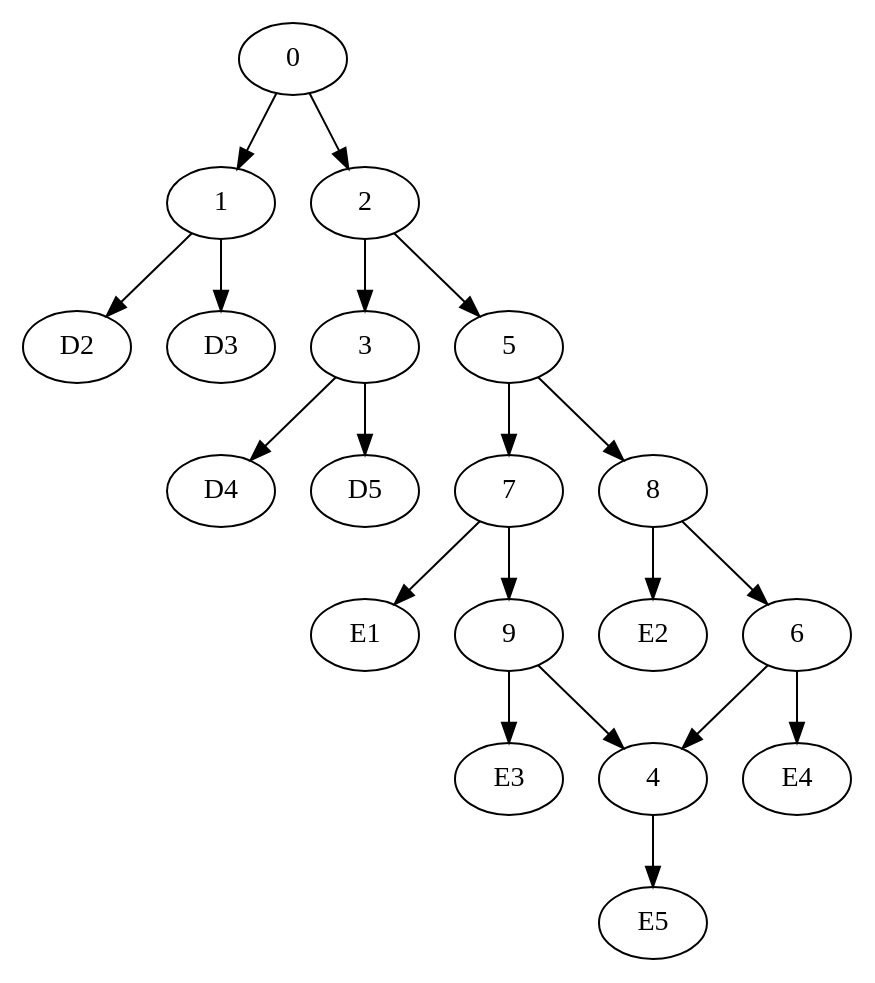
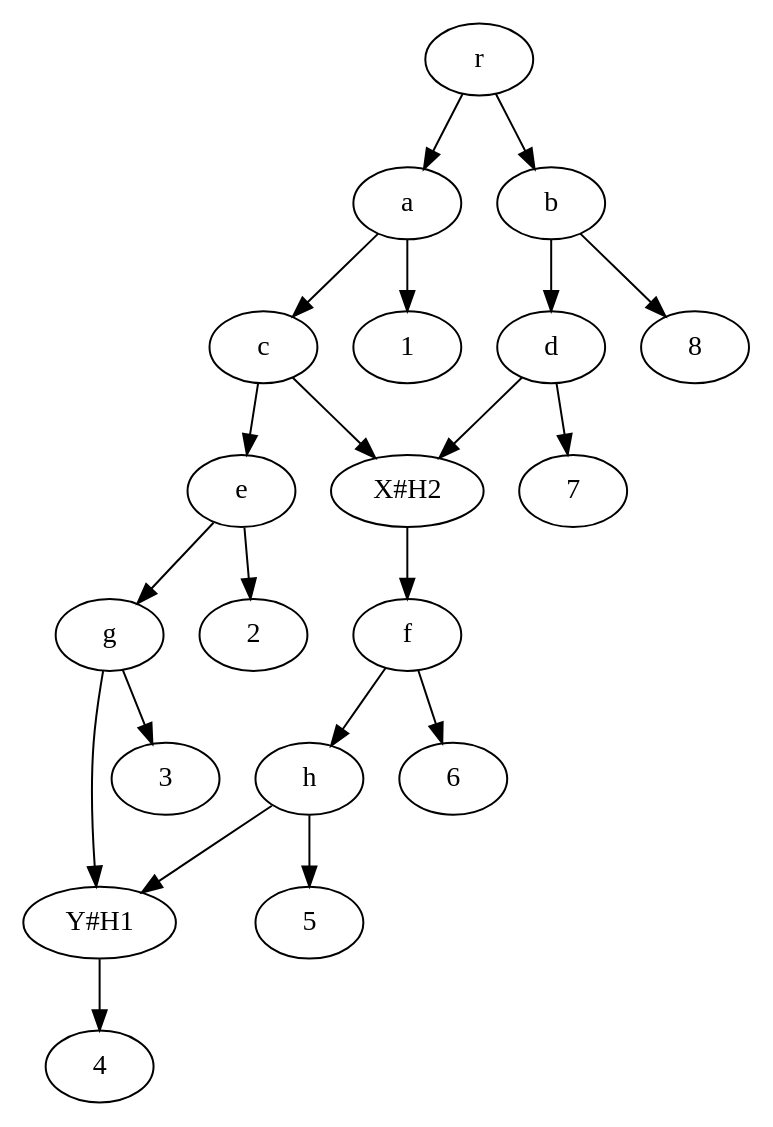
The diagram in Digraph.gv (KSjors/TriL2Net), drawn with Graphviz before and after one commit. The commit also changed 8 other files, not shown here.

```diff
--- a/Digraph.gv
+++ b/Digraph.gv
@@ -1,40 +1,41 @@
 digraph {
-	D2
-	D3
-	D4
-	D5
-	E5
-	E2
-	E4
-	E1
-	E3
-	0
+	r
+	a
+	c
+	e
+	g
+	"Y#H1"
+	"X#H2"
+	f
+	h
+	b
+	d
 	1
 	2
 	3
 	4
+	6
 	5
-	6
+	8
 	7
-	8
-	9
-	0 -> 1
-	0 -> 2
-	1 -> D2
-	1 -> D3
-	2 -> 3
-	2 -> 5
-	3 -> D4
-	3 -> D5
-	4 -> E5
-	5 -> 7
-	5 -> 8
-	6 -> 4
-	6 -> E4
-	7 -> 9
-	7 -> E1
-	8 -> 6
-	8 -> E2
-	9 -> 4
-	9 -> E3
+	r -> a
+	r -> b
+	a -> c
+	a -> 1
+	c -> e
+	c -> "X#H2"
+	e -> g
+	e -> 2
+	g -> "Y#H1"
+	g -> 3
+	"Y#H1" -> 4
+	"X#H2" -> f
+	f -> h
+	f -> 6
+	h -> "Y#H1"
+	h -> 5
+	b -> d
+	b -> 8
+	d -> "X#H2"
+	d -> 7
 }
```
